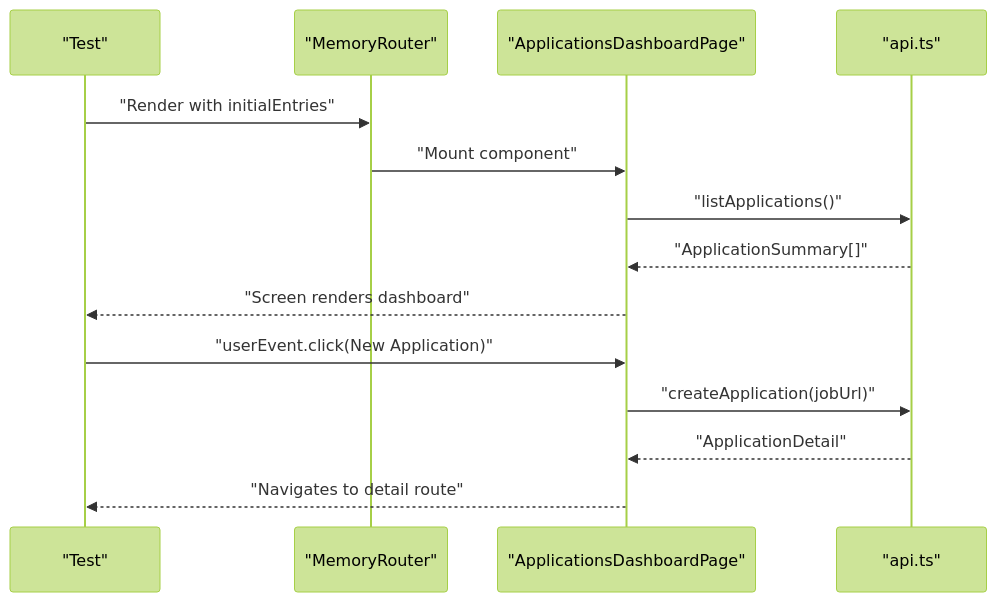
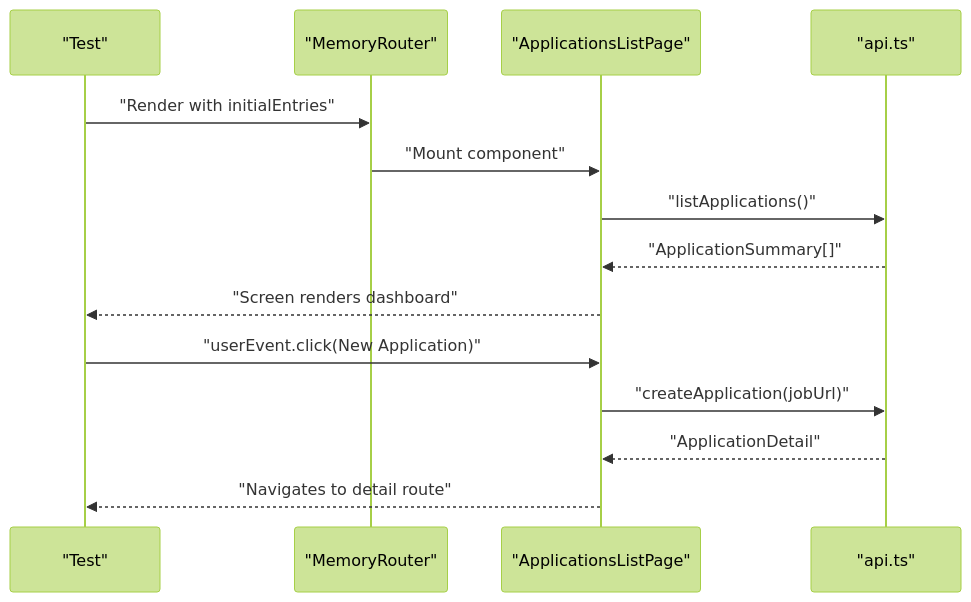
The third of 6 diagrams in .qoder/repowiki/en/content/Testing Strategy/Frontend Testing.md (sankaL/resume-app), drawn with Mermaid (forest theme) before and after one commit. The commit also changed other lines of this file and 11 other files, not shown here.

````diff
--- a/.qoder/repowiki/en/content/Testing Strategy/Frontend Testing.md
+++ b/.qoder/repowiki/en/content/Testing Strategy/Frontend Testing.md
@@ -227,16 +339,16 @@
 ```mermaid
 sequenceDiagram
 participant T as "Test"
 participant Router as "MemoryRouter"
-participant Page as "ApplicationsDashboardPage"
+participant Page as "ApplicationsListPage"
 participant API as "api.ts"
 T->>Router : "Render with initialEntries"
 Router->>Page : "Mount component"
 Page->>API : "listApplications()"
 API-->>Page : "ApplicationSummary[]"
 Page-->>T : "Screen renders dashboard"
 T->>Page : "userEvent.click(New Application)"
 Page->>API : "createApplication(jobUrl)"
 API-->>Page : "ApplicationDetail"
 Page-->>T : "Navigates to detail route"
 ```
````
